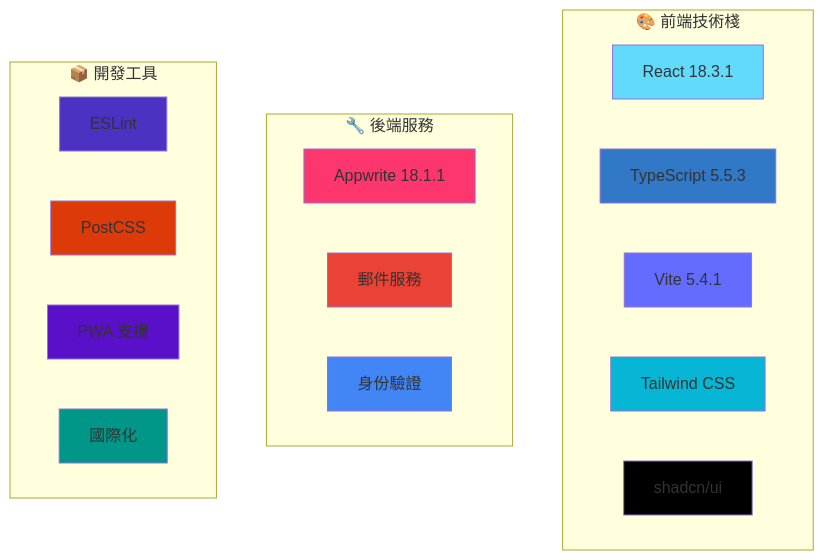
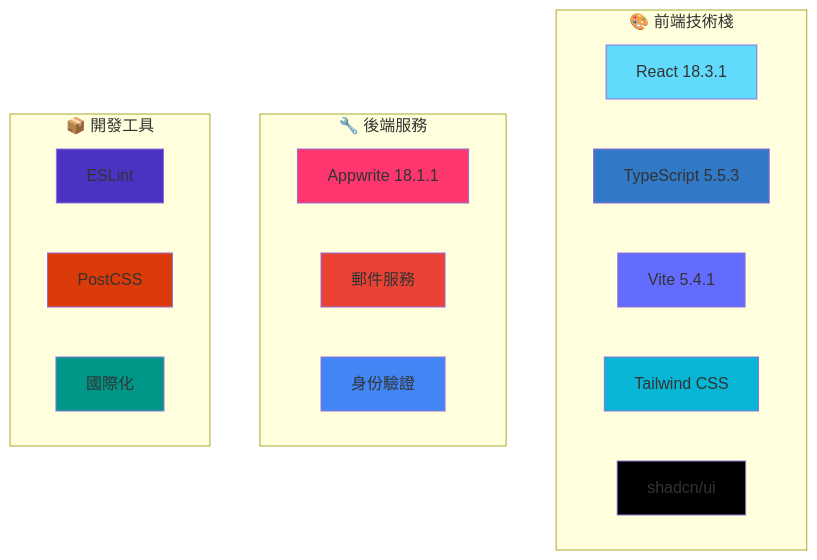
One commit to ansonlo-dev/LingUBible changed the first of 2 diagrams in docs/zh-TW/README.md. Above: the diagram before and after it, drawn with Mermaid. The commit also changed other lines of this file and 2 other files, not shown here.

Commit message:
fix: improve README layout and fix broken shields - Reduce logo width to 50% for better visual balance - Remove PWA references from tech stack and mermaid diagrams since PWA is not currently available - Replace broken tokei shield with GitHub code size shield - Fix remaining GitHub repository URLs in all language READMEs - Ensure consistent content across English, Traditional Chinese, and Simplified Chinese versions

````diff
--- a/docs/zh-TW/README.md
+++ b/docs/zh-TW/README.md
@@ -127,36 +126,34 @@
 ```mermaid
 graph TD
     subgraph "🎨 前端技術棧"
         A[React 18.3.1]
         B[TypeScript 5.5.3]
         C[Vite 5.4.1]
         D[Tailwind CSS]
         E[shadcn/ui]
     end
     
     subgraph "🔧 後端服務"
         F[Appwrite 18.1.1]
         G[郵件服務]
         H[身份驗證]
     end
     
     subgraph "📦 開發工具"
         I[ESLint]
         J[PostCSS]
-        K[PWA 支援]
-        L[國際化]
+        K[國際化]
     end
     
     style A fill:#61dafb
     style B fill:#3178c6
     style C fill:#646cff
     style D fill:#06b6d4
     style E fill:#000000
     style F fill:#fd366e
     style G fill:#ea4335
     style H fill:#4285f4
     style I fill:#4b32c3
     style J fill:#dd3a0a
-    style K fill:#5a0fc8
-    style L fill:#009688
+    style K fill:#009688
 ```
````
